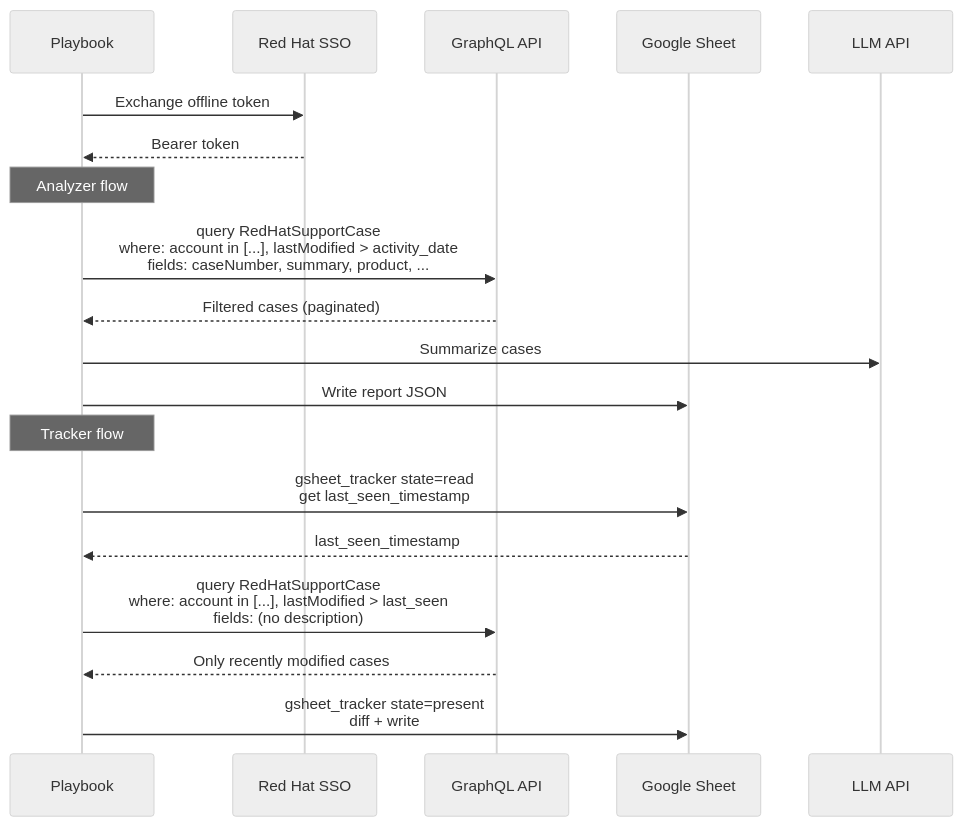
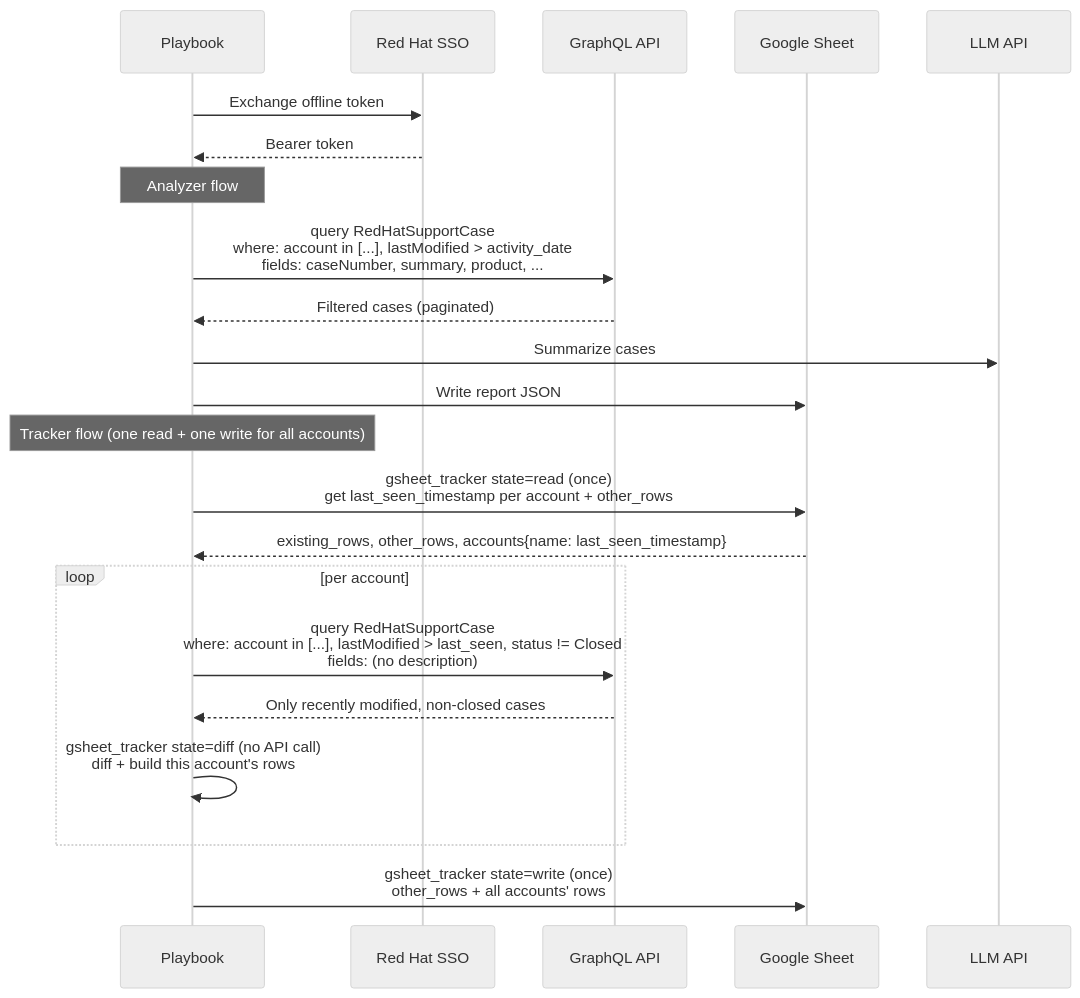
One commit to zjleblanc/ansible-support-analyzer changed the diagram in docs/DATA_FLOW.md. Above: the diagram before and after it, drawn with Mermaid (neutral theme). The commit also changed other lines of this file and 8 other files, not shown here.

Commit message:
filter out status closed and reduce sheet interactions

````diff
--- a/docs/DATA_FLOW.md
+++ b/docs/DATA_FLOW.md
@@ -5,24 +5,27 @@
 ```mermaid
 sequenceDiagram
   participant Playbook
   participant SSO as Red Hat SSO
   participant GQL as GraphQL API
   participant Sheet as Google Sheet
   participant LLM as LLM API
 
   Playbook->>SSO: Exchange offline token
   SSO-->>Playbook: Bearer token
 
   Note over Playbook: Analyzer flow
   Playbook->>GQL: query RedHatSupportCase<br/>where: account in [...], lastModified > activity_date<br/>fields: caseNumber, summary, product, ...
   GQL-->>Playbook: Filtered cases (paginated)
   Playbook->>LLM: Summarize cases
   Playbook->>Sheet: Write report JSON
 
-  Note over Playbook: Tracker flow
-  Playbook->>Sheet: gsheet_tracker state=read<br/>get last_seen_timestamp
-  Sheet-->>Playbook: last_seen_timestamp
-  Playbook->>GQL: query RedHatSupportCase<br/>where: account in [...], lastModified > last_seen<br/>fields: (no description)
-  GQL-->>Playbook: Only recently modified cases
-  Playbook->>Sheet: gsheet_tracker state=present<br/>diff + write
+  Note over Playbook: Tracker flow (one read + one write for all accounts)
+  Playbook->>Sheet: gsheet_tracker state=read (once)<br/>get last_seen_timestamp per account + other_rows
+  Sheet-->>Playbook: existing_rows, other_rows, accounts{name: last_seen_timestamp}
+  loop per account
+    Playbook->>GQL: query RedHatSupportCase<br/>where: account in [...], lastModified > last_seen, status != Closed<br/>fields: (no description)
+    GQL-->>Playbook: Only recently modified, non-closed cases
+    Playbook->>Playbook: gsheet_tracker state=diff (no API call)<br/>diff + build this account's rows
+  end
+  Playbook->>Sheet: gsheet_tracker state=write (once)<br/>other_rows + all accounts' rows
 ```
````
